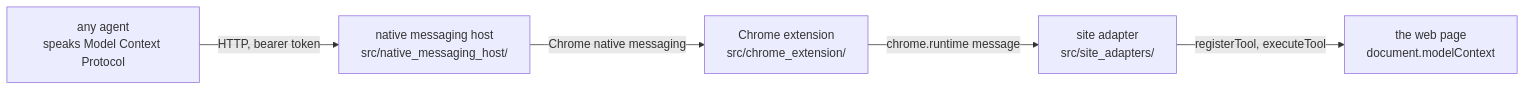
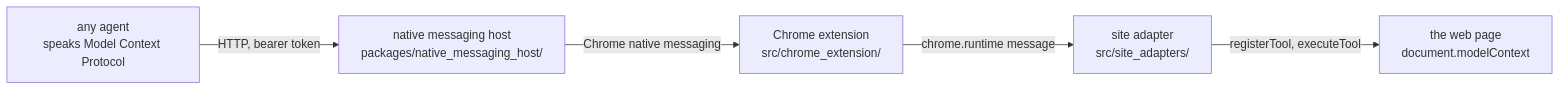
Before and after one commit to jeromeetienne/webmcp_everywhere: the first of 3 diagrams in docs/architecture_overview.md, drawn with Mermaid. The commit also changed other lines of this file and 33 other files, not shown here.

````diff
--- a/docs/architecture_overview.md
+++ b/docs/architecture_overview.md
@@ -7,13 +7,13 @@
 ```mermaid
 flowchart LR
 	agent["any agent<br/>speaks Model Context Protocol"]
-	host["native messaging host<br/>src/native_messaging_host/"]
+	host["native messaging host<br/>packages/native_messaging_host/"]
 	extension["Chrome extension<br/>src/chrome_extension/"]
 	adapter["site adapter<br/>src/site_adapters/"]
 	page["the web page<br/>document.modelContext"]
 
 	agent -->|"HTTP, bearer token"| host
 	host -->|"Chrome native messaging"| extension
 	extension -->|"chrome.runtime message"| adapter
 	adapter -->|"registerTool, executeTool"| page
 ```
````
